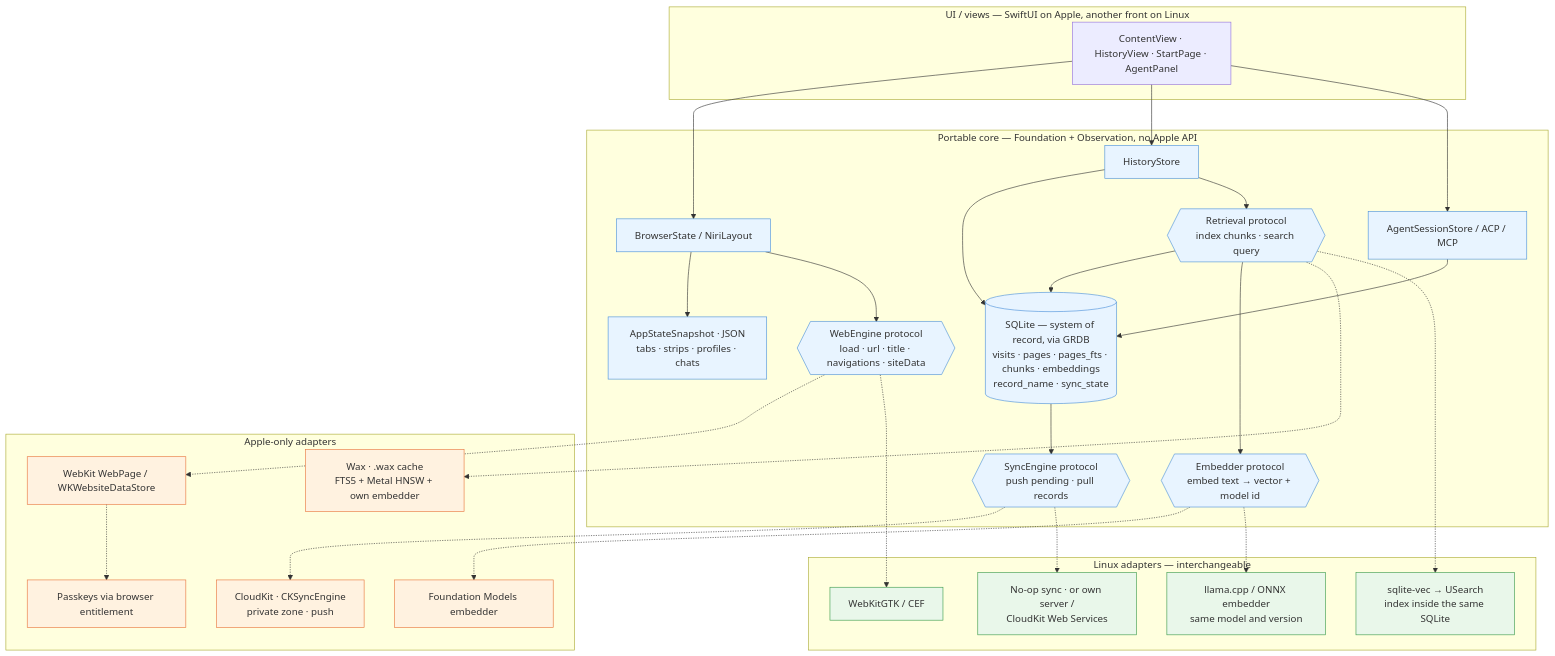
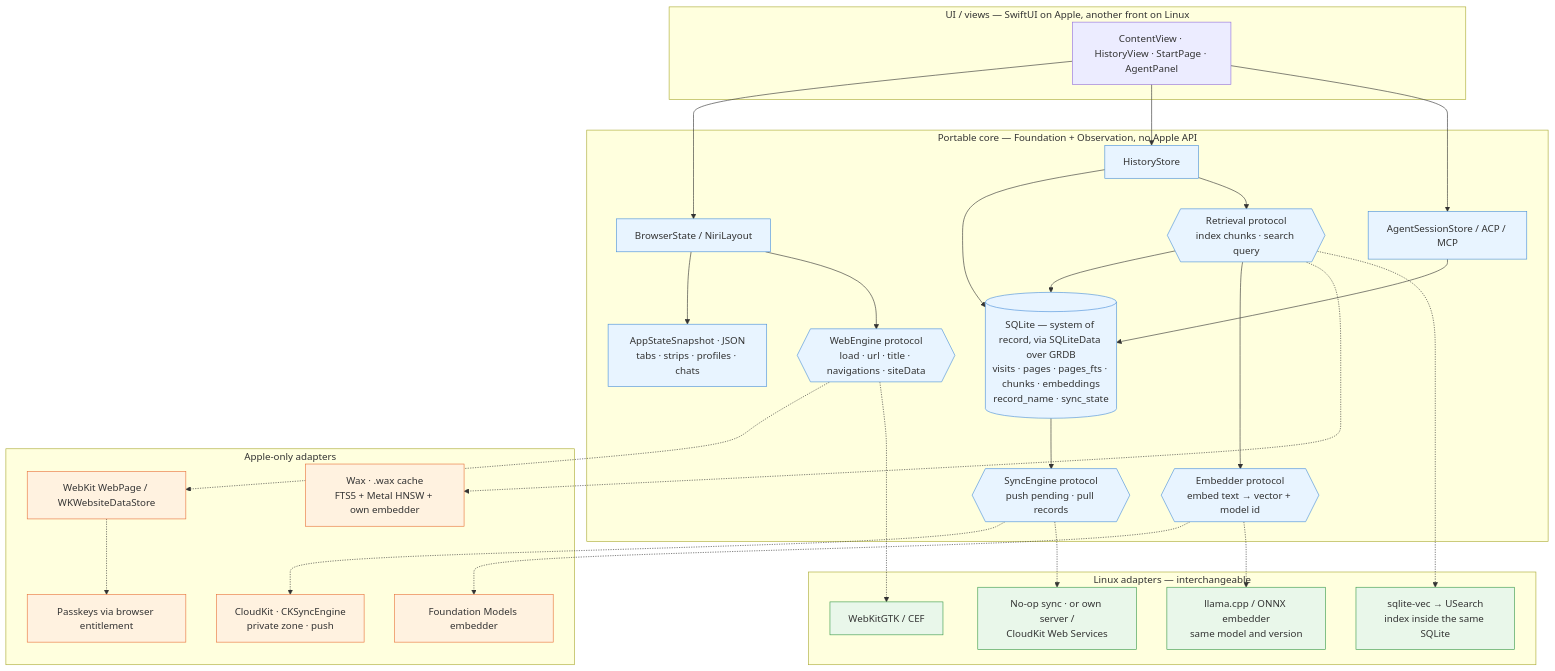
The diagram in docs/storage.md (artipop/six), drawn with Mermaid before and after one commit. The commit also changed other lines of this file and 17 other files, not shown here.

First line of the commit message:
History and settings in SQLite through SQLiteData

````diff
--- a/docs/storage.md
+++ b/docs/storage.md
@@ -7,74 +7,74 @@
 ```mermaid
 flowchart TB
     subgraph UI["UI / views — SwiftUI on Apple, another front on Linux"]
         Views["ContentView · HistoryView · StartPage · AgentPanel"]
     end
 
     subgraph Core["Portable core — Foundation + Observation, no Apple API"]
         BS["BrowserState / NiriLayout"]
         HS["HistoryStore"]
         AS["AgentSessionStore / ACP / MCP"]
         Snap["AppStateSnapshot · JSON
 tabs · strips · profiles · chats"]
-        DB[("SQLite — system of record, via GRDB
+        DB[("SQLite — system of record, via SQLiteData over GRDB
 visits · pages · pages_fts · chunks · embeddings
 record_name · sync_state")]
         RET{{"Retrieval protocol
 index chunks · search query"}}
         EMB{{"Embedder protocol
 embed text → vector + model id"}}
         SYNC{{"SyncEngine protocol
 push pending · pull records"}}
         WEB{{"WebEngine protocol
 load · url · title · navigations · siteData"}}
     end
 
     subgraph Apple["Apple-only adapters"]
         WK["WebKit WebPage / WKWebsiteDataStore"]
         FM["Foundation Models embedder"]
         WAX["Wax · .wax cache
 FTS5 + Metal HNSW + own embedder"]
         CK["CloudKit · CKSyncEngine
 private zone · push"]
         PK["Passkeys via browser entitlement"]
     end
 
     subgraph Linux["Linux adapters — interchangeable"]
         WKGTK["WebKitGTK / CEF"]
         LEMB["llama.cpp / ONNX embedder
 same model and version"]
         VEC["sqlite-vec → USearch
 index inside the same SQLite"]
         NOSYNC["No-op sync · or own server /
 CloudKit Web Services"]
     end
 
     Views --> BS
     Views --> HS
     Views --> AS
     BS --> Snap
     BS --> WEB
     HS --> DB
     AS --> DB
     HS --> RET
     RET --> DB
     RET --> EMB
     DB --> SYNC
 
     WEB -.-> WK
     WEB -.-> WKGTK
     EMB -.-> FM
     EMB -.-> LEMB
     RET -.-> WAX
     RET -.-> VEC
     SYNC -.-> CK
     SYNC -.-> NOSYNC
     WK -.-> PK
 
     classDef port fill:#e8f4ff,stroke:#4a90d9
     classDef apple fill:#fff2e0,stroke:#e8743b
     classDef linux fill:#e9f7ea,stroke:#3a9a4a
     class Snap,DB,RET,EMB,SYNC,WEB,BS,HS,AS port
     class WK,FM,WAX,CK,PK apple
     class WKGTK,LEMB,VEC,NOSYNC linux
 ```
````
